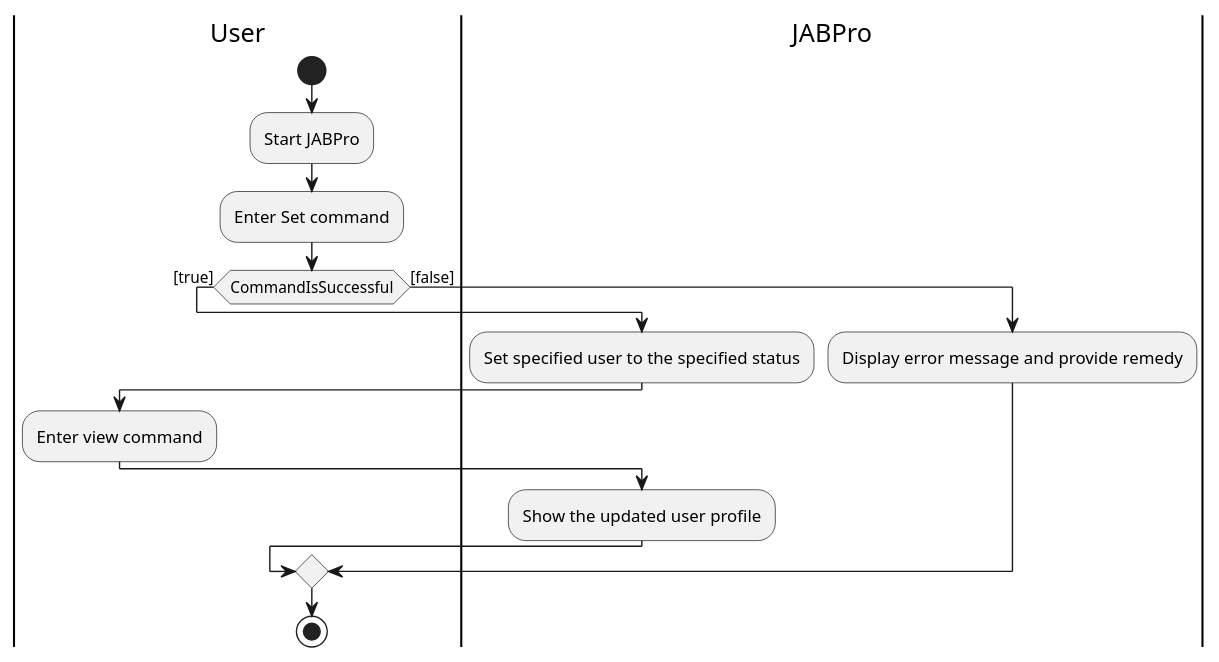
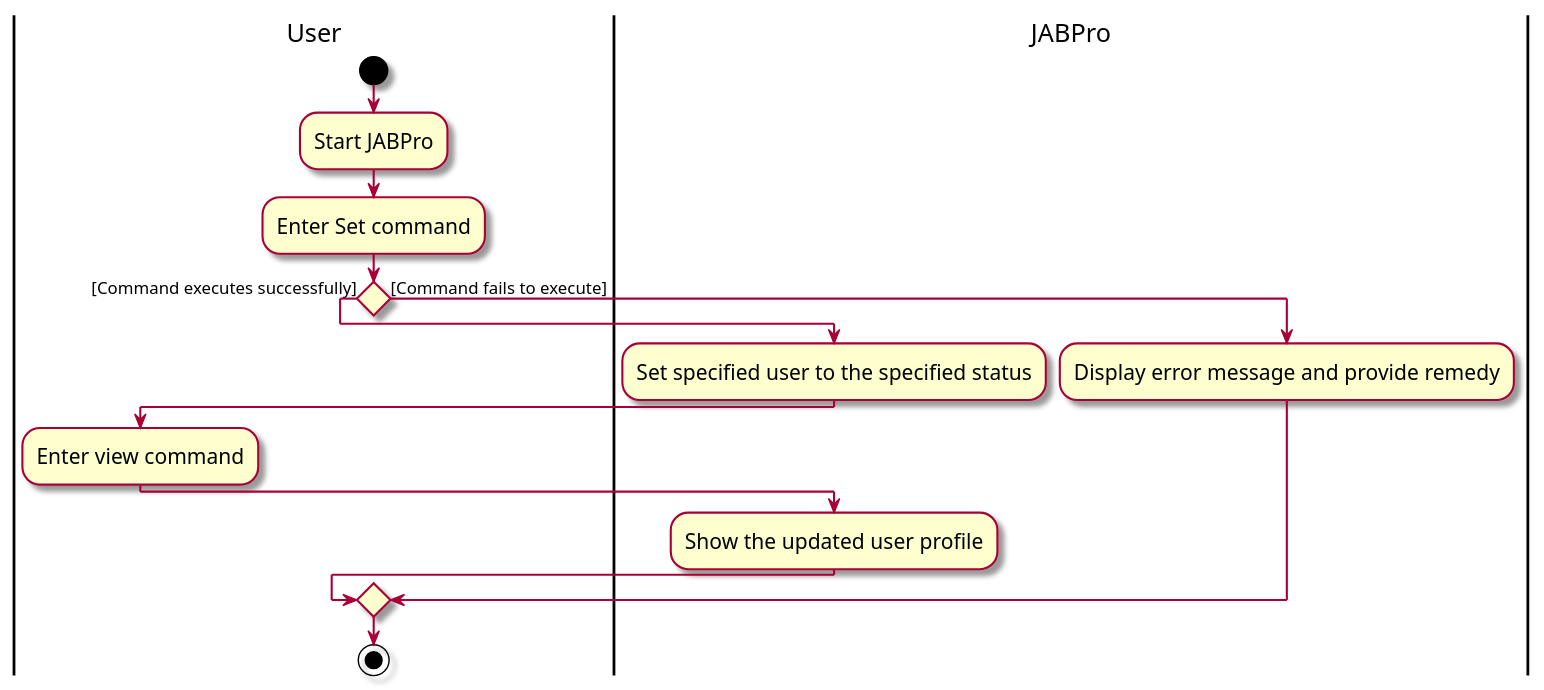
Before and after one commit to AriellaCallista/tp: the diagram in diagrams/SetActivityDiagram.puml, drawn with PlantUML. The commit also changed 50 other files, not shown here.

```diff
--- a/diagrams/SetActivityDiagram.puml
+++ b/diagrams/SetActivityDiagram.puml
@@ -1,24 +1,27 @@
 @startuml
 'https://plantuml.com/activity-diagram-beta
 |User|
+skin rose
+skinparam ActivityFontSize 15
+skinparam ArrowFontSize 12
 start
 :Start JABPro;
 :Enter Set command;
-if (CommandIsSuccessful) then ([true])
+if () then ([Command executes successfully])
   |JABPro|
   :Set specified user to the specified status;
   |User|
   :Enter view command;
   |JABPro|
   :Show the updated user profile;
   |User|
-else ([false])
+else ([Command fails to execute])
   |JABPro|
   :Display error message and provide remedy;
   |User|
 
 endif
 
 stop
 
 @enduml
```
